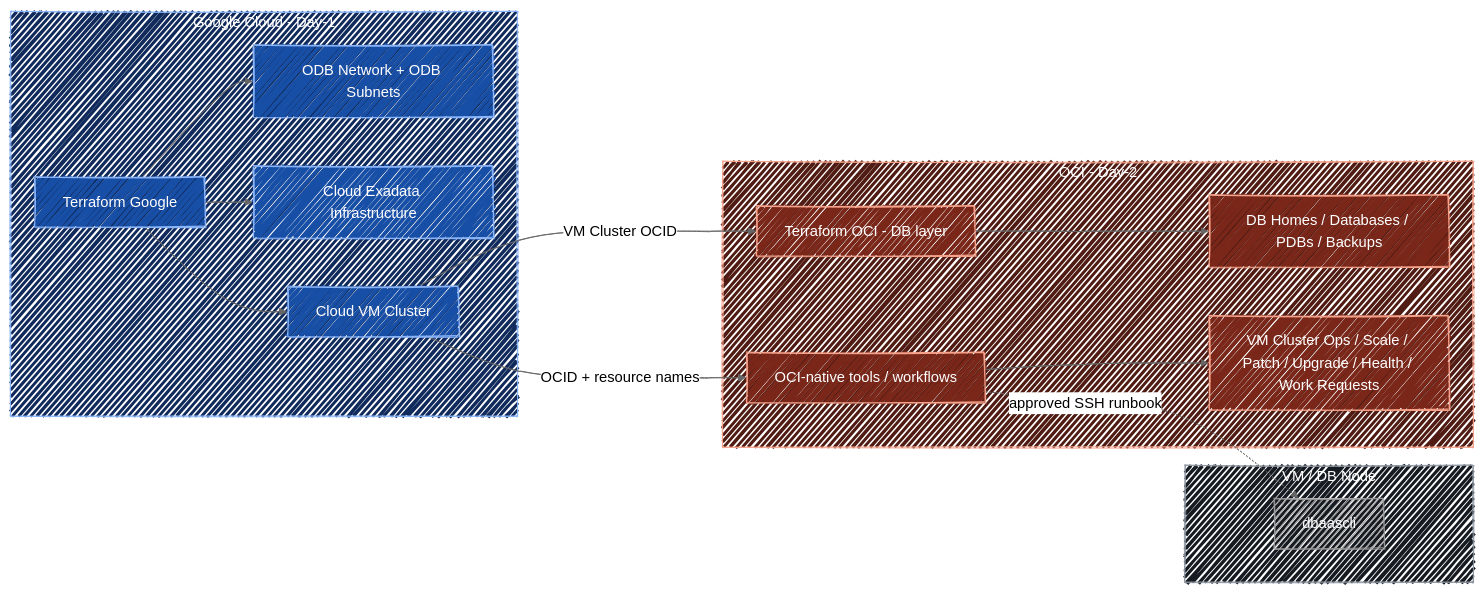
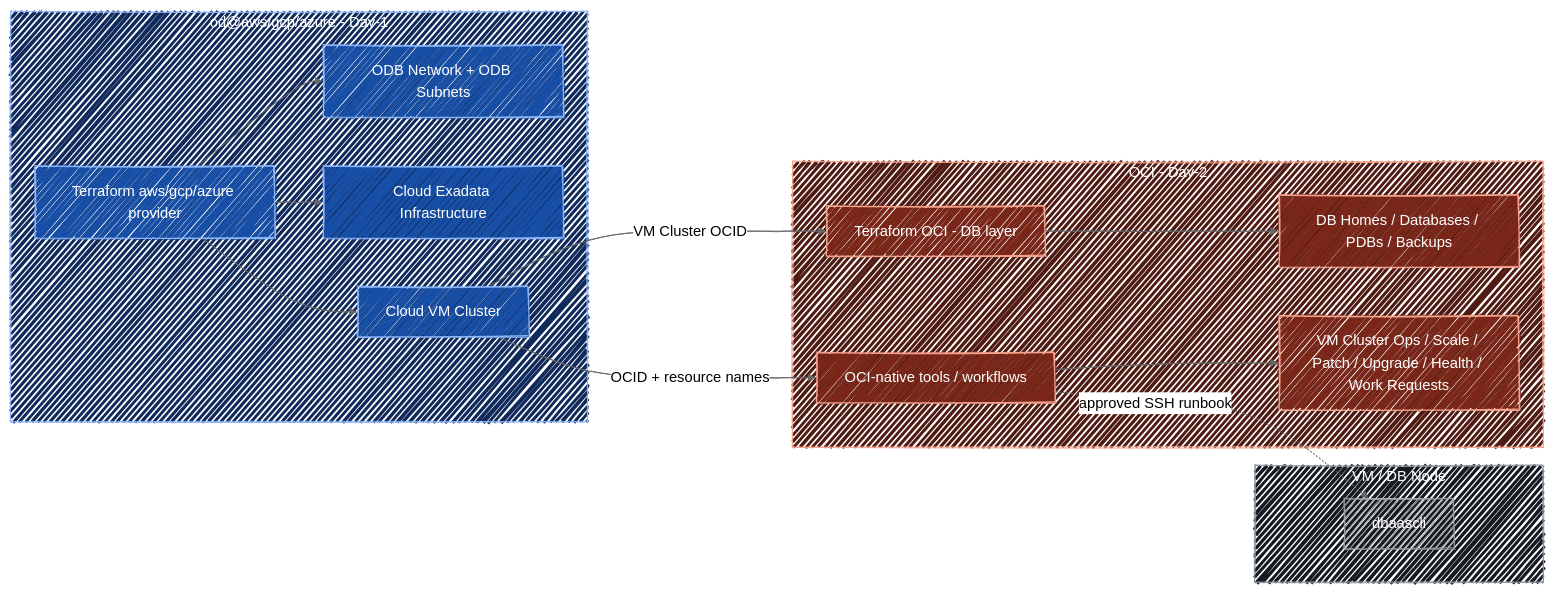
One commit to oci-clickops/oci-terraform-multicloud-gcp changed the diagram in docs/customer-proof-operating-model.md. Above: the diagram before and after it, drawn with Mermaid.

Commit message:
feat: Update operating model documentation to reflect multi-cloud support for Day-1 provisioning

````diff
--- a/docs/customer-proof-operating-model.md
+++ b/docs/customer-proof-operating-model.md
@@ -39,47 +39,47 @@
 ```mermaid
 ---
 config:
   look: handDrawn
   theme: neutral
   handDrawnSeed: 7
 ---
 flowchart LR
-  subgraph GCP["Google Cloud - Day-1"]
-    GTF["Terraform Google"]
+  subgraph GCP["od@aws/gcp/azure - Day-1"]
+    GTF["Terraform aws/gcp/azure provider"]
     ODB["ODB Network + ODB Subnets"]
     EXA["Cloud Exadata Infrastructure"]
     VM["Cloud VM Cluster"]
   end
 
   subgraph OCI["OCI - Day-2"]
     OCIAPI["OCI-native tools / workflows"]
     OCITF["Terraform OCI - DB layer"]
     DB["DB Homes / Databases / PDBs / Backups"]
     OPS["VM Cluster Ops / Scale / Patch / Upgrade / Health / Work Requests"]
   end
 
   subgraph NODE["VM / DB Node"]
     DBAAS["dbaascli"]
   end
 
   GTF --> ODB
   GTF --> EXA
   GTF --> VM
   VM -->|"OCID + resource names"| OCIAPI
   VM -->|"VM Cluster OCID"| OCITF
   OCIAPI --> OPS
   OCITF --> DB
   OCIAPI -. "approved SSH runbook" .-> DBAAS
 
   classDef google fill:#174ea6,stroke:#8ab4f8,color:#ffffff
   classDef oci fill:#7a271a,stroke:#f6a28b,color:#ffffff
   classDef node fill:#30363d,stroke:#8b949e,color:#ffffff
 
   class GTF,ODB,EXA,VM google
   class OCIAPI,OCITF,DB,OPS oci
   class DBAAS node
 
   style GCP fill:#102a5c,stroke:#8ab4f8,stroke-width:1px,color:#ffffff
   style OCI fill:#4f1b12,stroke:#f6a28b,stroke-width:1px,color:#ffffff
   style NODE fill:#161b22,stroke:#8b949e,stroke-width:1px,color:#ffffff
 ```
````
